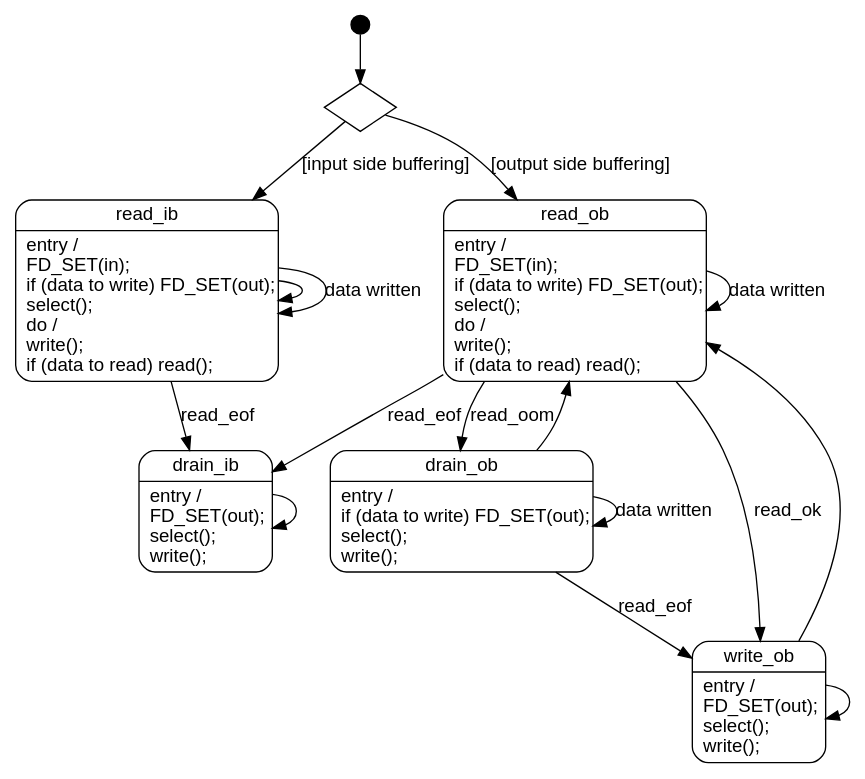
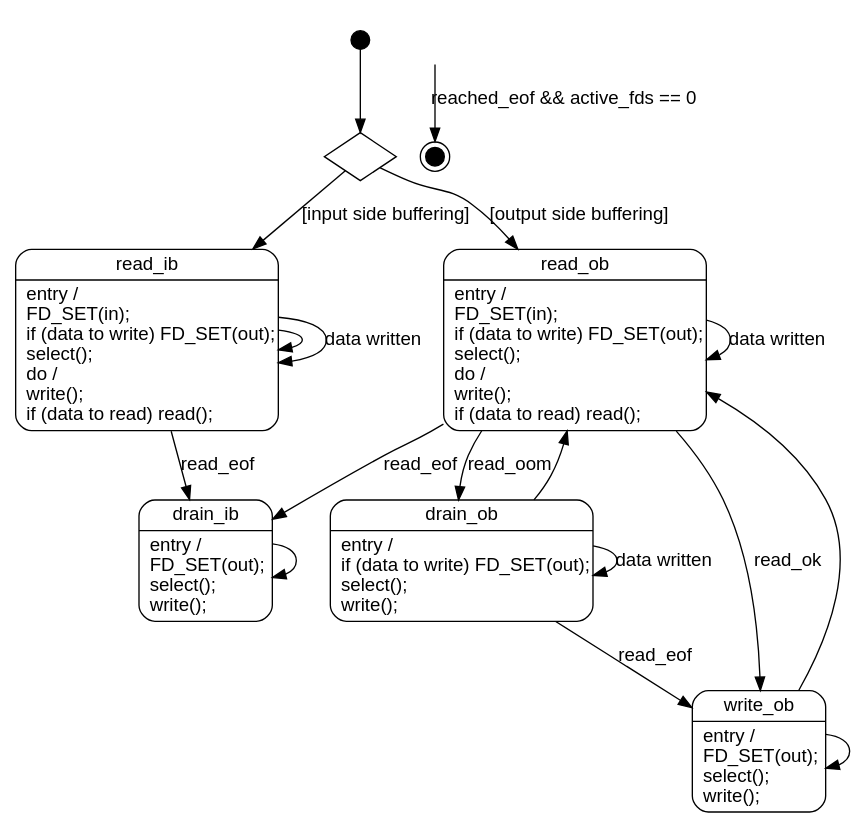
One commit to dspinellis/dgsh changed the diagram in tee-state.dot. Above: the diagram before and after it, drawn with Graphviz.

Commit message:
Add termination conditions

```diff
--- a/tee-state.dot
+++ b/tee-state.dot
@@ -1,36 +1,38 @@
 digraph teestate {
 	node [shape="record", style="rounded", fontname="Arial"];
 	edge [fontname="Arial"];
 
 	drain_ib [label="{drain_ib|entry /\lFD_SET(out);\lselect();\lwrite();\l}"];
 	drain_ob [label="{drain_ob|entry /\lif (data to write) FD_SET(out);\lselect();\lwrite();\l}"];
 	read_ib [label="{read_ib|entry /\lFD_SET(in);\lif (data to write) FD_SET(out);\lselect();\ldo /\lwrite();\lif (data to read) read();\l}"];
 	read_ob [label="{read_ob|entry /\lFD_SET(in);\lif (data to write) FD_SET(out);\lselect();\ldo /\lwrite();\lif (data to read) read();\l}"];
 	write_ob [label="{write_ob|entry /\lFD_SET(out);\lselect();\lwrite();\l}"];
 
 	read_ob -> drain_ib [label="read_eof"];
 	read_ob -> write_ob [label="read_ok"];
 	read_ob -> drain_ob [label="read_oom"];
 	read_ob -> read_ob [label="data written"];
 
 	read_ib -> drain_ib [label="read_eof"];
 	read_ib -> read_ib [label=""];
 	read_ib -> read_ib [label="data written"];
 
 	drain_ib -> drain_ib [label=""];
 
 	write_ob -> read_ob [label=""];
 	write_ob -> write_ob [label=""];
 
 	drain_ob -> read_ob [label=""];
 	drain_ob -> write_ob [label="read_eof"];
 	drain_ob -> drain_ob [label="data written"];
 
 	start [shape=circle,style=filled,label="",width=0.2,fillcolor=black,fixedsize=true];
 	bufftype [shape=diamond,label="",style=""];
 	start -> bufftype;
 	bufftype -> read_ib [label="[input side buffering]"];
 	bufftype -> read_ob [label="[output side buffering]"];
 
-	/* end [shape=doublecircle,style=filled,label="",width=0.3,fixedsize=true]; */
+	end [shape=doublecircle,style=filled,label="",width=0.2,fixedsize=true,fillcolor=black];
+	empty [style=invis,label=""];
+	empty -> end [label="reached_eof && active_fds == 0"];
 }
```
